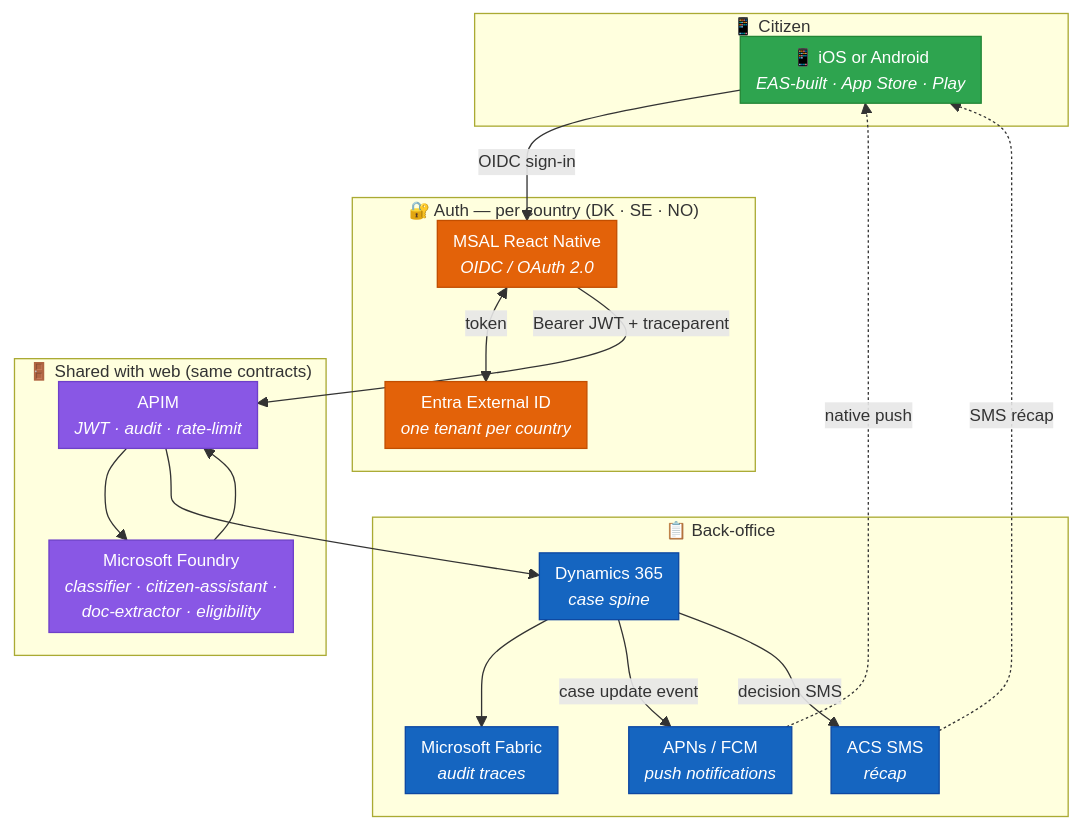
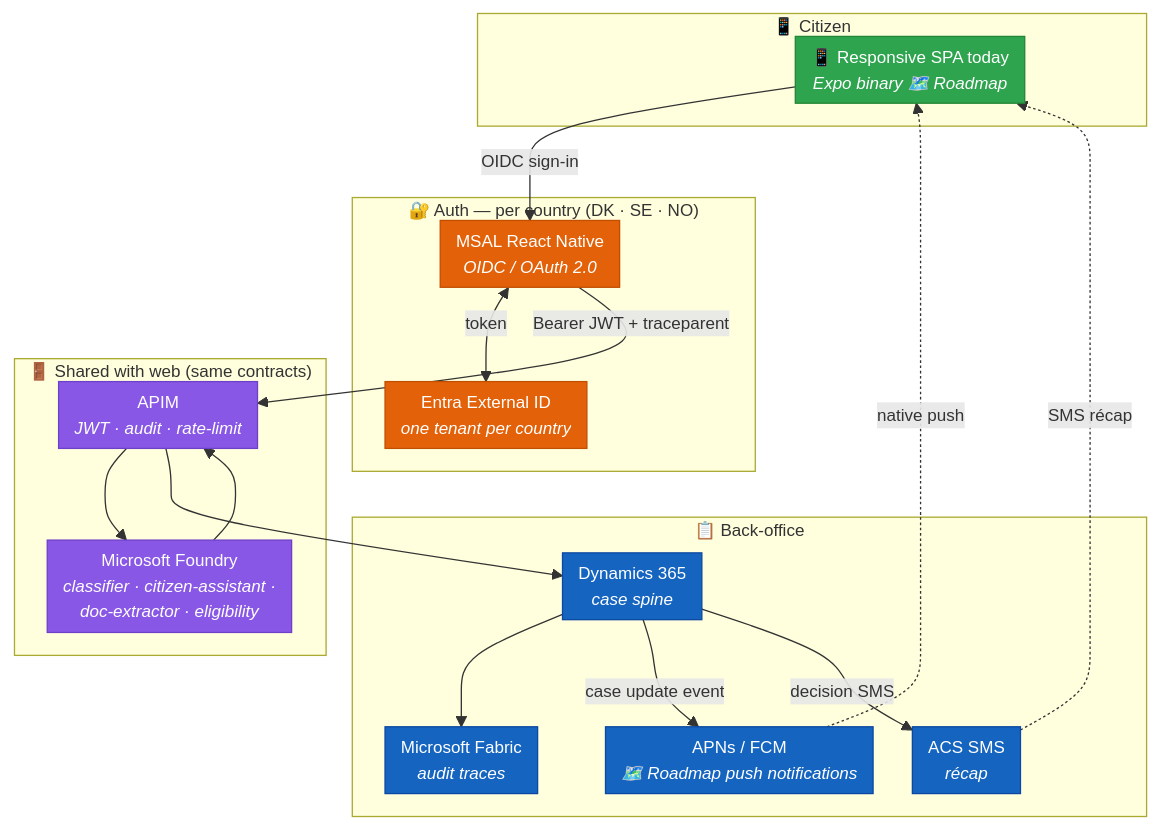
Before and after one commit to fredgis/UDCSP: the first of 4 diagrams in docs/biz/mobile.md, drawn with Mermaid. The commit also changed other lines of this file and 37 other files, not shown here.

````diff
--- a/docs/biz/mobile.md
+++ b/docs/biz/mobile.md
@@ -82,46 +92,46 @@
 ```mermaid
 %%{ init: { 'flowchart': { 'nodeSpacing': 30, 'rankSpacing': 35, 'padding': 6 }, 'themeVariables': { 'fontSize': '13px' } } }%%
 flowchart TB
     subgraph CITIZEN["📱 Citizen"]
-        PHONE["📱 iOS or Android<br/><i>EAS-built · App Store · Play</i>"]
+        PHONE["📱 Responsive SPA today<br/><i>Expo binary 🗺️ Roadmap</i>"]
     end
 
     subgraph EDGE["🔐 Auth — per country (DK · SE · NO)"]
         MSAL["MSAL React Native<br/><i>OIDC / OAuth 2.0</i>"]
         EXTID["Entra External ID<br/><i>one tenant per country</i>"]
     end
 
     subgraph SHARED["🚪 Shared with web (same contracts)"]
         APIM["APIM<br/><i>JWT · audit · rate-limit</i>"]
         FOUNDRY["Microsoft Foundry<br/><i>classifier · citizen-assistant ·<br/>doc-extractor · eligibility</i>"]
     end
 
     subgraph BACK["📋 Back-office"]
         D365["Dynamics 365<br/><i>case spine</i>"]
         FABRIC["Microsoft Fabric<br/><i>audit traces</i>"]
-        PUSH["APNs / FCM<br/><i>push notifications</i>"]
+        PUSH["APNs / FCM<br/><i>🗺️ Roadmap push notifications</i>"]
         SMS["ACS SMS<br/><i>récap</i>"]
     end
 
     PHONE -->|OIDC sign-in| MSAL
     MSAL <-->|token| EXTID
     MSAL -->|Bearer JWT + traceparent| APIM
     APIM --> FOUNDRY
     FOUNDRY --> APIM
     APIM --> D365
     D365 --> FABRIC
     D365 -->|case update event| PUSH
     PUSH -.->|native push| PHONE
     D365 -->|decision SMS| SMS
     SMS -.->|SMS récap| PHONE
 
     classDef phone fill:#2ea44f,stroke:#238636,color:#fff
     classDef auth fill:#e36209,stroke:#c24e00,color:#fff
     classDef brain fill:#8957e5,stroke:#6e40c9,color:#fff
     classDef back fill:#1565c0,stroke:#0d47a1,color:#fff
 
     class PHONE phone
     class MSAL,EXTID auth
     class APIM,FOUNDRY brain
     class D365,FABRIC,PUSH,SMS back
 ```
````
